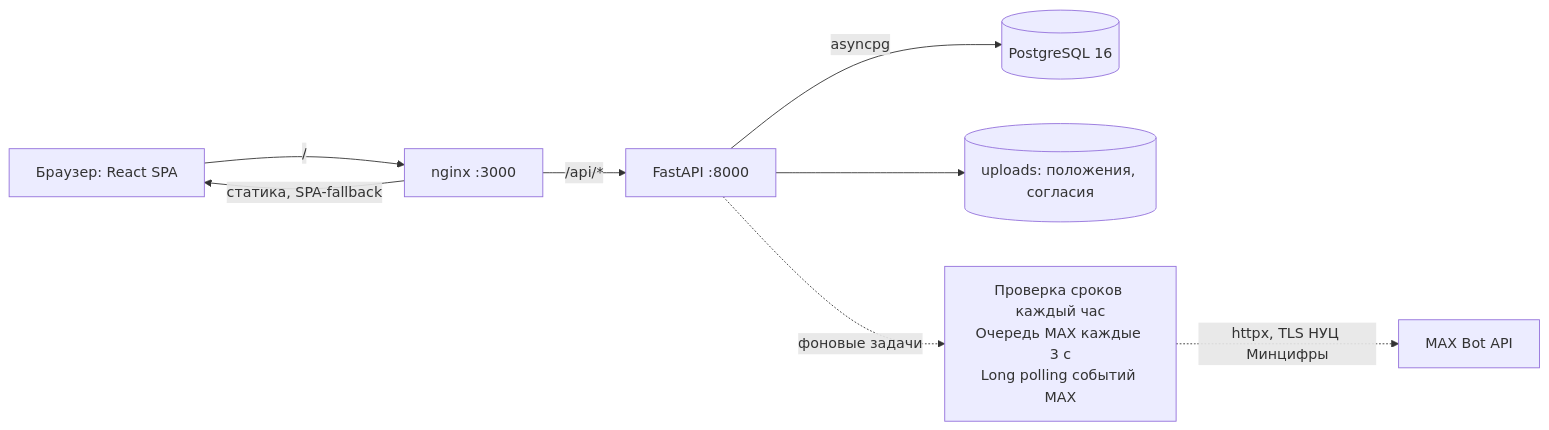
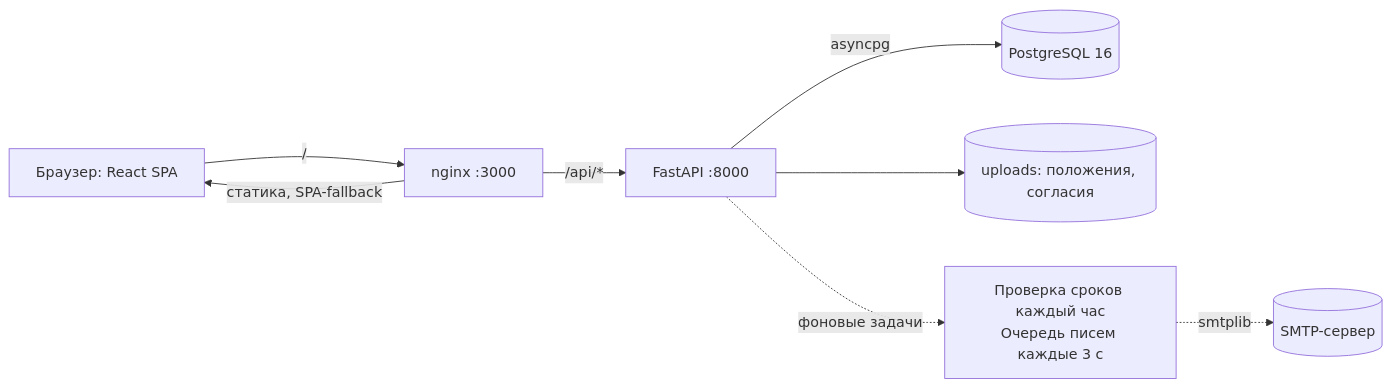
One commit to Arsmanww/ITea-orencode changed the first of 2 diagrams in README.md. Above: the diagram before and after it, drawn with Mermaid. The commit also changed other lines of this file and 34 other files, not shown here.

````diff
--- a/README.md
+++ b/README.md
@@ -155,10 +155,10 @@
 ```mermaid
 flowchart LR
   B[Браузер: React SPA] -->|/| N[nginx :3000]
   N -->|статика, SPA-fallback| B
   N -->|/api/*| A[FastAPI :8000]
   A -->|asyncpg| P[(PostgreSQL 16)]
   A --> F[(uploads: положения, согласия)]
-  A -.->|фоновые задачи| T[Проверка сроков каждый час\nОчередь MAX каждые 3 с\nLong polling событий MAX]
-  T -.->|httpx, TLS НУЦ Минцифры| MX[MAX Bot API]
+  A -.->|фоновые задачи| T[Проверка сроков каждый час\nОчередь писем каждые 3 с]
+  T -.->|smtplib| MX[(SMTP-сервер)]
 ```
````
